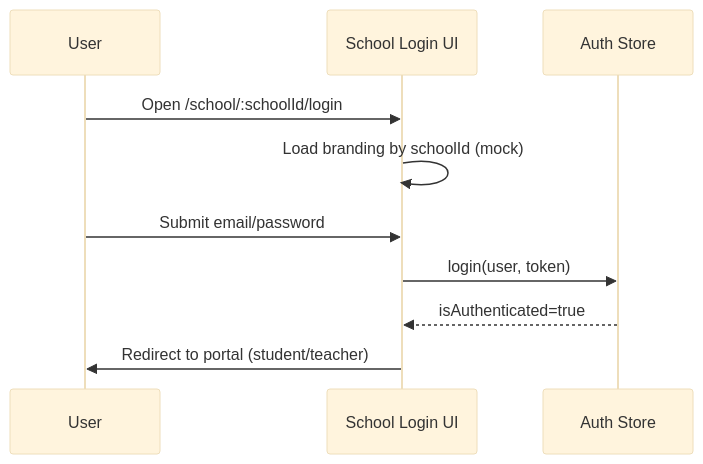
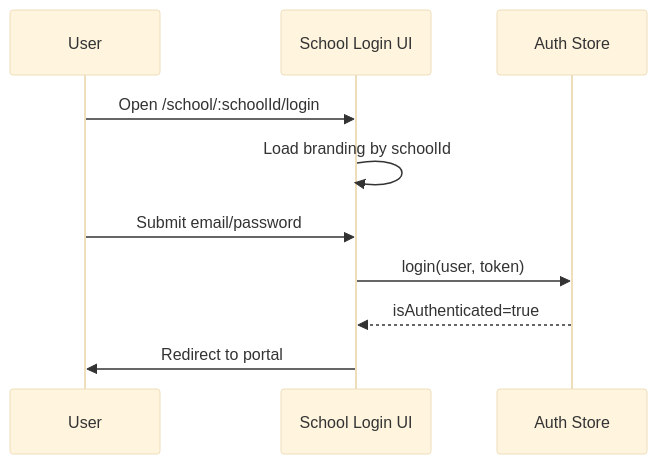
The fourth of 7 diagrams in docs/architecture/workflow-architecture.md (Software-House-Publishing/school-management), drawn with Mermaid (base theme) before and after one commit. The commit also changed other lines of this file and 3 other files, not shown here.

````diff
--- a/docs/architecture/workflow-architecture.md
+++ b/docs/architecture/workflow-architecture.md
@@ -89,12 +203,12 @@
 ```mermaid
 sequenceDiagram
   participant U as User
   participant UI as School Login UI
   participant Store as Auth Store
   U->>UI: Open /school/:schoolId/login
-  UI->>UI: Load branding by schoolId (mock)
+  UI->>UI: Load branding by schoolId
   U->>UI: Submit email/password
   UI->>Store: login(user, token)
   Store-->>UI: isAuthenticated=true
-  UI->>U: Redirect to portal (student/teacher)
+  UI->>U: Redirect to portal
 ```
````
